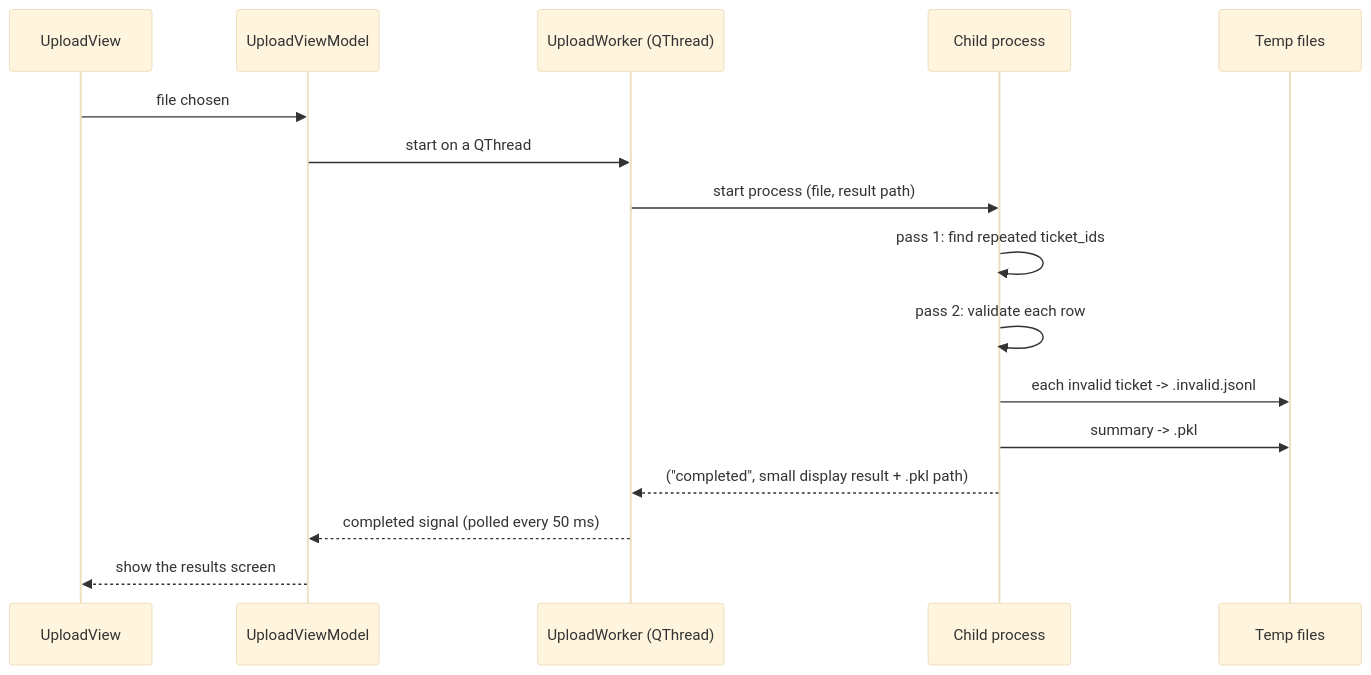
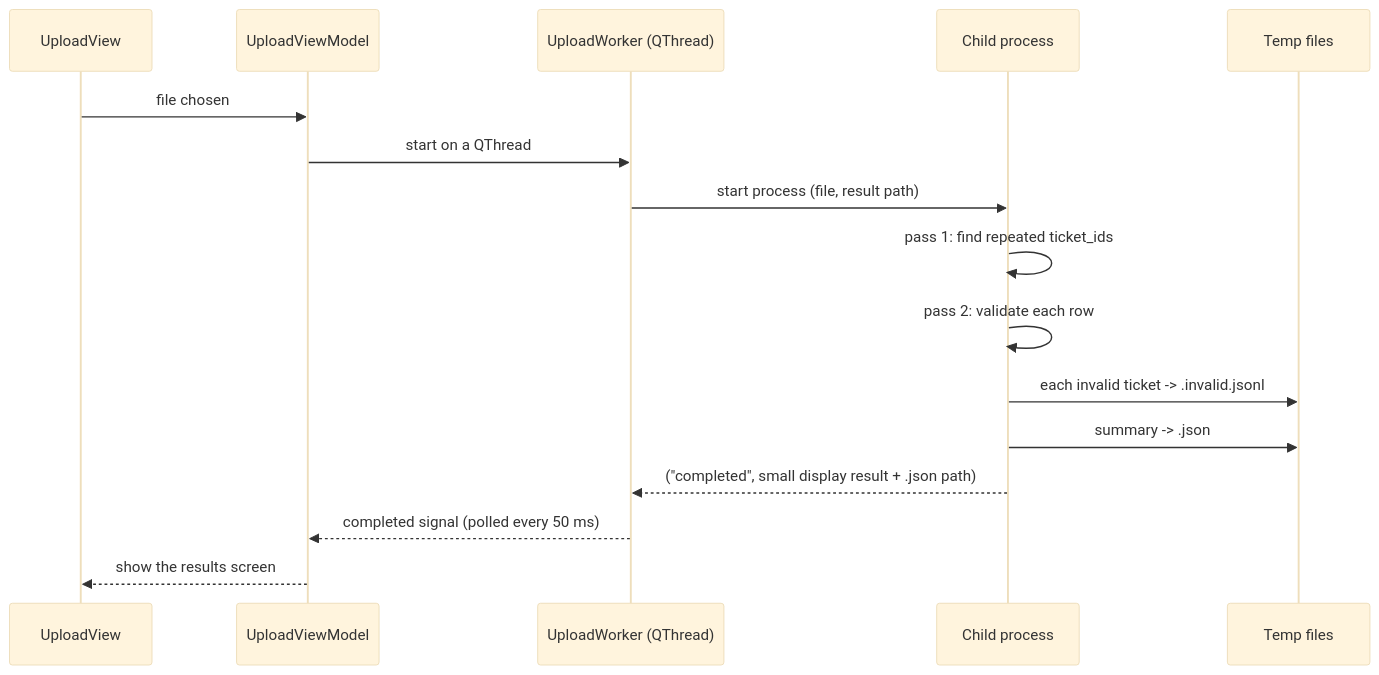
The diagram in docs/architecture.md (droman892/csv_extractor), drawn with Mermaid (base theme) before and after one commit. The commit also changed other lines of this file and 24 other files, not shown here.

First line of the commit message:
Store the result file as JSON, audit dependencies in CI, tidy docs

````diff
--- a/docs/architecture.md
+++ b/docs/architecture.md
@@ -41,19 +41,19 @@
 ```mermaid
 sequenceDiagram
     participant U as UploadView
     participant VM as UploadViewModel
     participant W as UploadWorker (QThread)
     participant P as Child process
     participant D as Temp files
 
     U->>VM: file chosen
     VM->>W: start on a QThread
     W->>P: start process (file, result path)
     P->>P: pass 1: find repeated ticket_ids
     P->>P: pass 2: validate each row
     P->>D: each invalid ticket -> .invalid.jsonl
-    P->>D: summary -> .pkl
-    P-->>W: ("completed", small display result + .pkl path)
+    P->>D: summary -> .json
+    P-->>W: ("completed", small display result + .json path)
     W-->>VM: completed signal (polled every 50 ms)
     VM-->>U: show the results screen
 ```
````
